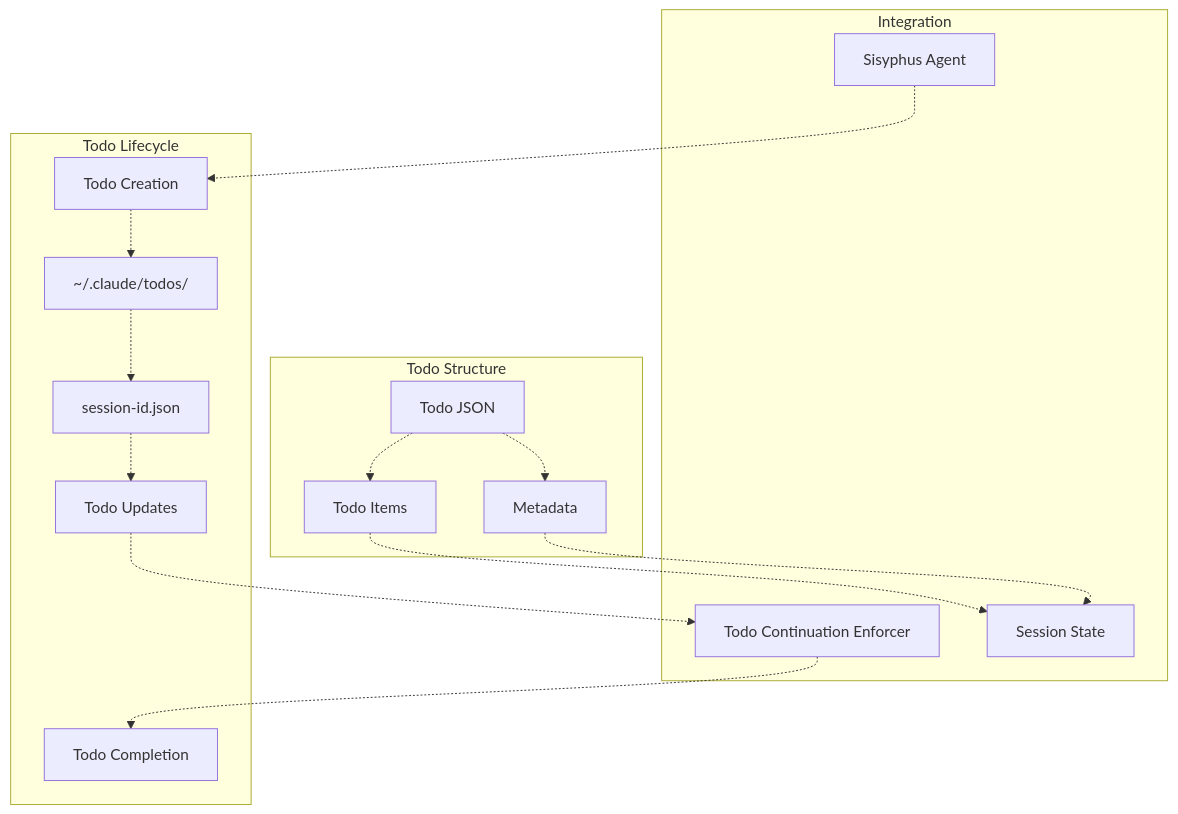
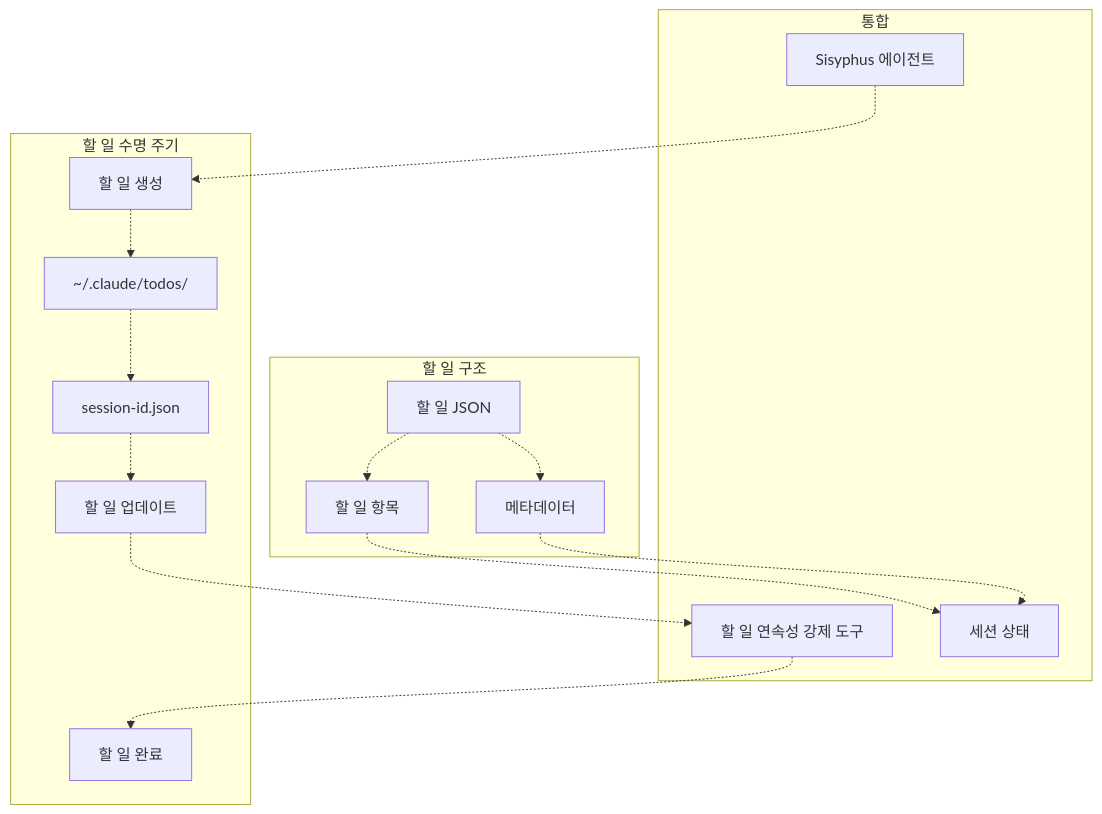
The ninth of 11 diagrams in docs/compatibility/claude-code-compatibility.md (felipetruman/oh-my-opencode-docs), drawn with Mermaid before and after one commit. The commit also changed other lines of this file and 76 other files, not shown here.

````diff
--- a/docs/compatibility/claude-code-compatibility.md
+++ b/docs/compatibility/claude-code-compatibility.md
@@ -603,46 +603,46 @@
 ```mermaid
 flowchart TD
 
-TodoCreate["Todo Creation"]
+TodoCreate["할 일 생성"]
 TodoStore["~/.claude/todos/"]
 TodoFile["session-id.json"]
-TodoUpdate["Todo Updates"]
-TodoComplete["Todo Completion"]
-TodoJSON["Todo JSON"]
-TodoItems["Todo Items"]
-TodoMetadata["Metadata"]
-SisyphusAgent["Sisyphus Agent"]
-TodoEnforcer["Todo Continuation Enforcer"]
-SessionState["Session State"]
+TodoUpdate["할 일 업데이트"]
+TodoComplete["할 일 완료"]
+TodoJSON["할 일 JSON"]
+TodoItems["할 일 항목"]
+TodoMetadata["메타데이터"]
+SisyphusAgent["Sisyphus 에이전트"]
+TodoEnforcer["할 일 연속성 강제 도구"]
+SessionState["세션 상태"]
 
 SisyphusAgent -.-> TodoCreate
 TodoUpdate -.-> TodoEnforcer
 TodoEnforcer -.-> TodoComplete
 TodoItems -.-> SessionState
 TodoMetadata -.-> SessionState
 
-subgraph Integration ["Integration"]
+subgraph Integration ["통합"]
     SisyphusAgent
     TodoEnforcer
     SessionState
 end
 
-subgraph subGraph1 ["Todo Structure"]
+subgraph subGraph1 ["할 일 구조"]
     TodoJSON
     TodoItems
     TodoMetadata
     TodoJSON -.-> TodoItems
     TodoJSON -.-> TodoMetadata
 end
 
-subgraph subGraph0 ["Todo Lifecycle"]
+subgraph subGraph0 ["할 일 수명 주기"]
     TodoCreate
     TodoStore
     TodoFile
     TodoUpdate
     TodoComplete
     TodoCreate -.-> TodoStore
     TodoStore -.-> TodoFile
     TodoFile -.-> TodoUpdate
 end
 ```
````
